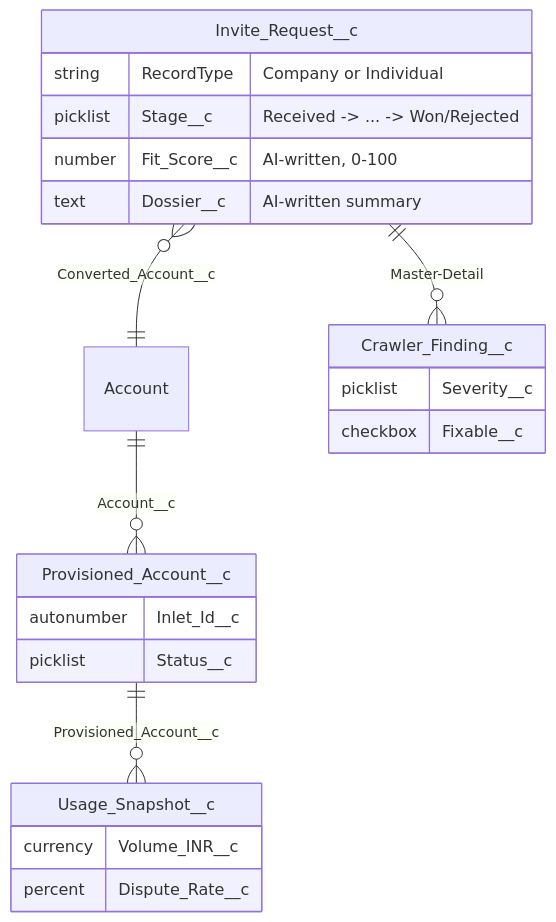
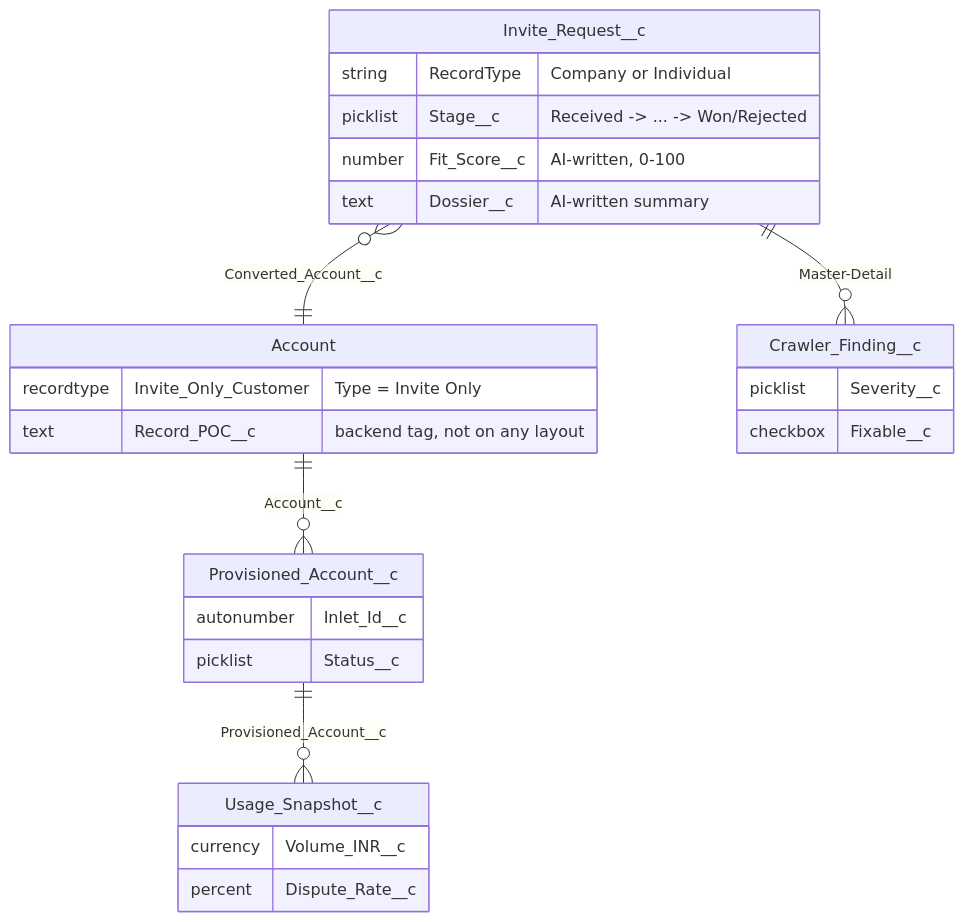
One commit to imswarnil/Invite-Only-Onboarding-Portal changed the first of 2 diagrams in README.md. Above: the diagram before and after it, drawn with Mermaid. The commit also changed other lines of this file and 57 other files, not shown here.

````diff
--- a/README.md
+++ b/README.md
@@ -33,26 +34,30 @@
 ```mermaid
 erDiagram
     Account ||--o{ Provisioned_Account__c : "Account__c"
     Invite_Request__c }o--|| Account : "Converted_Account__c"
     Invite_Request__c ||--o{ Crawler_Finding__c : "Master-Detail"
     Provisioned_Account__c ||--o{ Usage_Snapshot__c : "Provisioned_Account__c"
 
     Invite_Request__c {
         string RecordType "Company or Individual"
         picklist Stage__c "Received -> ... -> Won/Rejected"
         number Fit_Score__c "AI-written, 0-100"
         text Dossier__c "AI-written summary"
     }
     Crawler_Finding__c {
         picklist Severity__c
         checkbox Fixable__c
     }
+    Account {
+        recordtype Invite_Only_Customer "Type = Invite Only"
+        text Record_POC__c "backend tag, not on any layout"
+    }
     Provisioned_Account__c {
         autonumber Inlet_Id__c
         picklist Status__c
     }
     Usage_Snapshot__c {
         currency Volume_INR__c
         percent Dispute_Rate__c
     }
 ```
````
